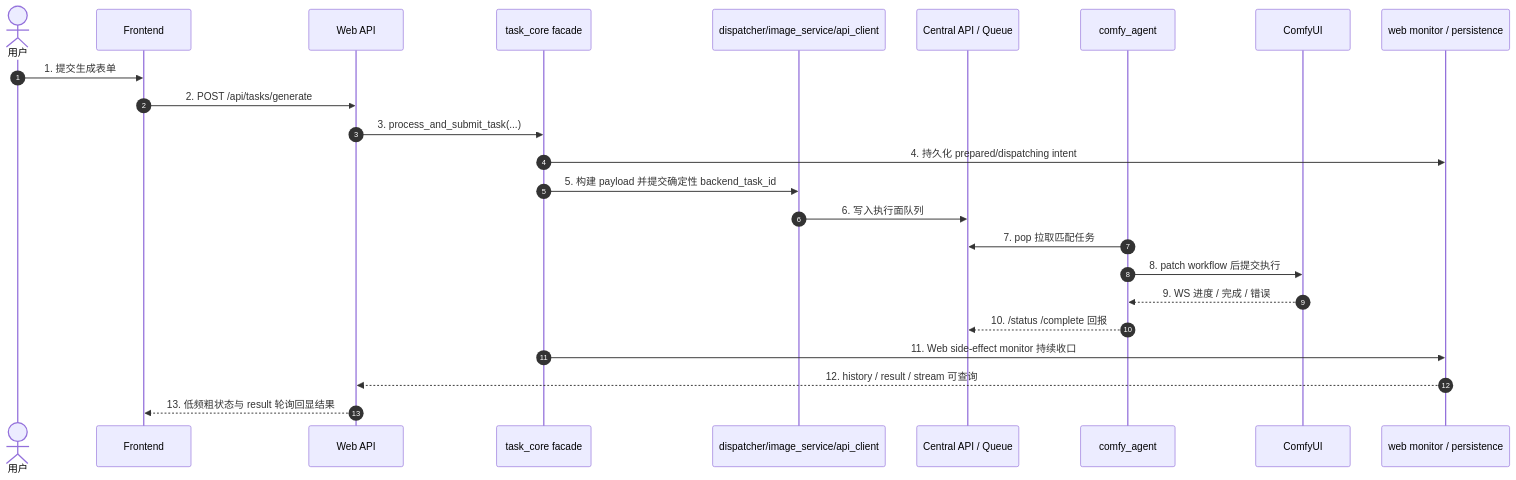
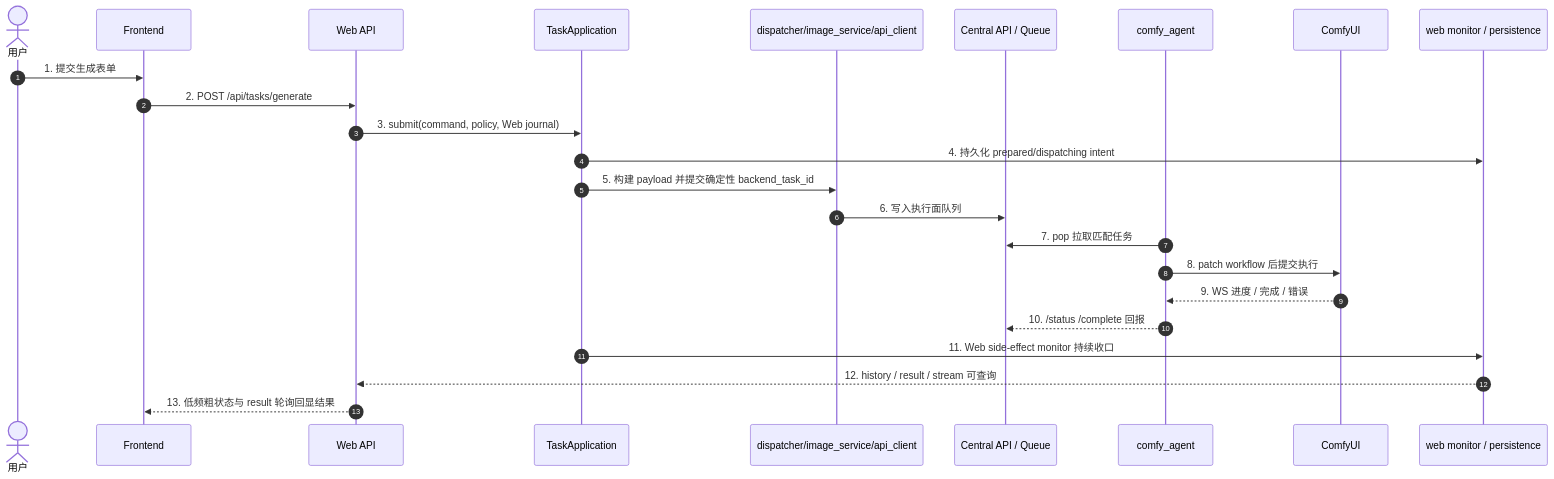
The diagram in docs/子模块_生成任务全链路_task_full_chain.md (giraffu/All_bot), drawn with Mermaid before and after one commit. The commit also changed other lines of this file and 35 other files, not shown here.

Commit message:
refactor(tasks): migrate entrypoints to task application

````diff
--- a/docs/子模块_生成任务全链路_task_full_chain.md
+++ b/docs/子模块_生成任务全链路_task_full_chain.md
@@ -53,27 +53,27 @@
 ```mermaid
 sequenceDiagram
     autonumber
     actor U as 用户
     participant FE as Frontend
     participant API as Web API
-    participant Core as task_core facade
+    participant Core as TaskApplication
     participant Dispatch as dispatcher/image_service/api_client
     participant CAPI as Central API / Queue
     participant Agent as comfy_agent
     participant Comfy as ComfyUI
     participant Monitor as web monitor / persistence
 
     U->>FE: 1. 提交生成表单
     FE->>API: 2. POST /api/tasks/generate
-    API->>Core: 3. process_and_submit_task(...)
+    API->>Core: 3. submit(command, policy, Web journal)
     Core->>Monitor: 4. 持久化 prepared/dispatching intent
     Core->>Dispatch: 5. 构建 payload 并提交确定性 backend_task_id
     Dispatch->>CAPI: 6. 写入执行面队列
     Agent->>CAPI: 7. pop 拉取匹配任务
     Agent->>Comfy: 8. patch workflow 后提交执行
     Comfy-->>Agent: 9. WS 进度 / 完成 / 错误
     Agent-->>CAPI: 10. /status /complete 回报
     Core->>Monitor: 11. Web side-effect monitor 持续收口
     Monitor-->>API: 12. history / result / stream 可查询
     API-->>FE: 13. 低频粗状态与 result 轮询回显结果
 ```
````
